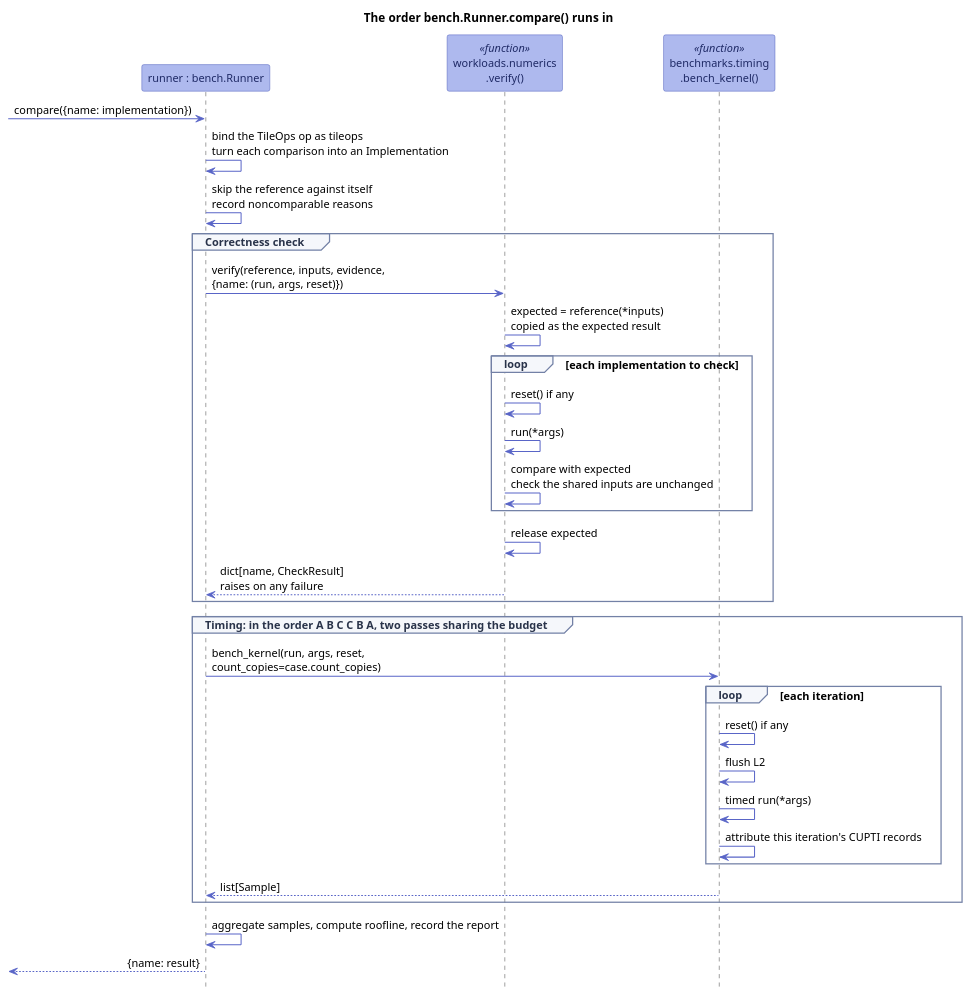
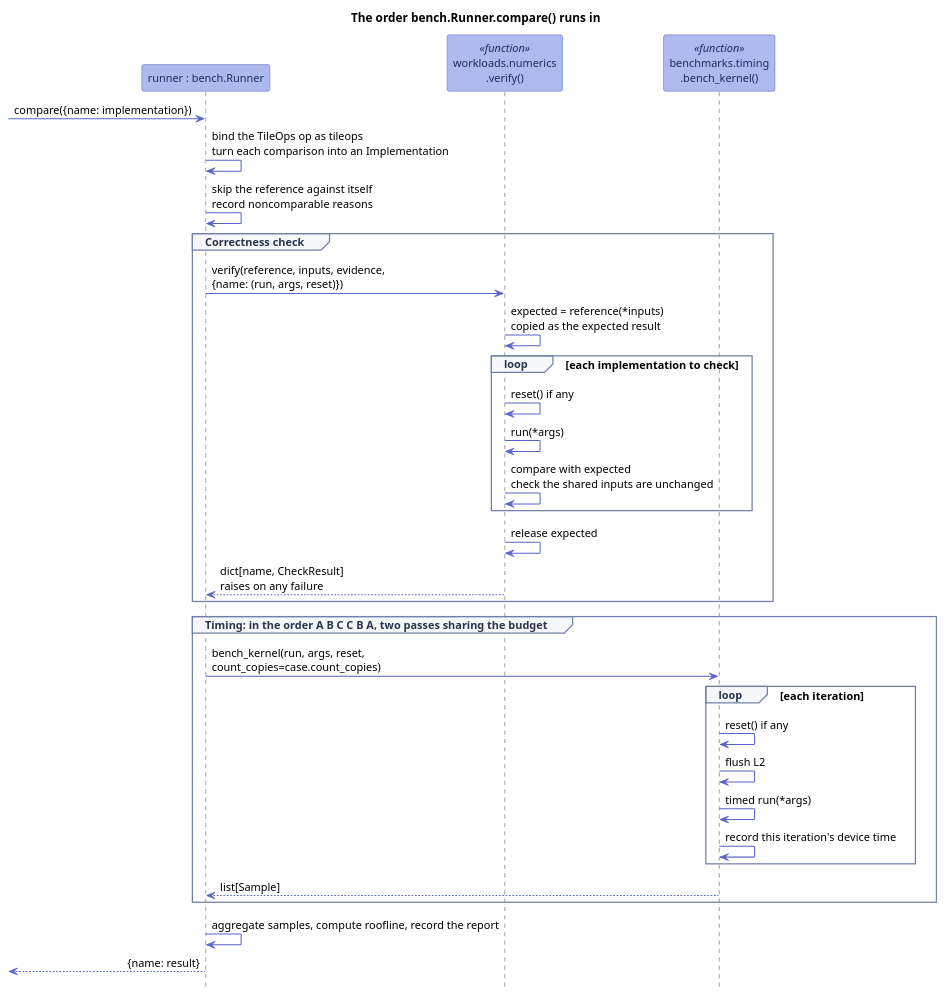
One commit to tile-ai/TileOPs.github.io changed the diagram in figures/user-guide/benchmark/execution.en.puml. Above: the diagram before and after it, drawn with PlantUML. The commit also changed 11 other files, not shown here.

```diff
--- a/figures/user-guide/benchmark/execution.en.puml
+++ b/figures/user-guide/benchmark/execution.en.puml
@@ -1,55 +1,55 @@
 @startuml execution
 !pragma teoz true
 skinparam defaultFontName "Noto Sans SC"
 skinparam defaultFontSize 13
 skinparam shadowing false
 skinparam ArrowColor #5965C7
 skinparam ArrowThickness 1.2
 skinparam ParticipantBorderColor #4050B5
 skinparam ParticipantBackgroundColor #AEB9EE
 skinparam ParticipantFontColor #1F2A66
 skinparam LifeLineBorderColor #7381A6
 skinparam LifeLineBackgroundColor #F5F7FB
 skinparam SequenceGroupBorderColor #7381A6
 skinparam SequenceGroupBackgroundColor #F5F7FB
 skinparam SequenceGroupHeaderFontColor #29334A
 skinparam NoteBorderColor #7381A6
 skinparam NoteBackgroundColor #FFFFFF
 skinparam NoteFontColor #242A52
 hide footbox
 title The order bench.Runner.compare() runs in
 
 participant "runner : bench.Runner" as Runner
 participant "workloads.numerics\n.verify()" as Verify <<function>>
 participant "benchmarks.timing\n.bench_kernel()" as BenchKernel <<function>>
 
 [-> Runner: compare({name: implementation})
 Runner -> Runner: bind the TileOps op as tileops\nturn each comparison into an Implementation
 Runner -> Runner: skip the reference against itself\nrecord noncomparable reasons
 
 group Correctness check
   Runner -> Verify: verify(reference, inputs, evidence,\n{name: (run, args, reset)})
   Verify -> Verify: expected = reference(*inputs)\ncopied as the expected result
   loop each implementation to check
     Verify -> Verify: reset() if any
     Verify -> Verify: run(*args)
     Verify -> Verify: compare with expected\ncheck the shared inputs are unchanged
   end
   Verify -> Verify: release expected
   Verify --> Runner: dict[name, CheckResult]\nraises on any failure
 end
 
 group Timing: in the order A B C C B A, two passes sharing the budget
   Runner -> BenchKernel: bench_kernel(run, args, reset,\ncount_copies=case.count_copies)
   loop each iteration
     BenchKernel -> BenchKernel: reset() if any
     BenchKernel -> BenchKernel: flush L2
     BenchKernel -> BenchKernel: timed run(*args)
-    BenchKernel -> BenchKernel: attribute this iteration's CUPTI records
+    BenchKernel -> BenchKernel: record this iteration's device time
   end
   BenchKernel --> Runner: list[Sample]
 end
 
 Runner -> Runner: aggregate samples, compute roofline, record the report
 Runner -->[: {name: result}
 @enduml
```
